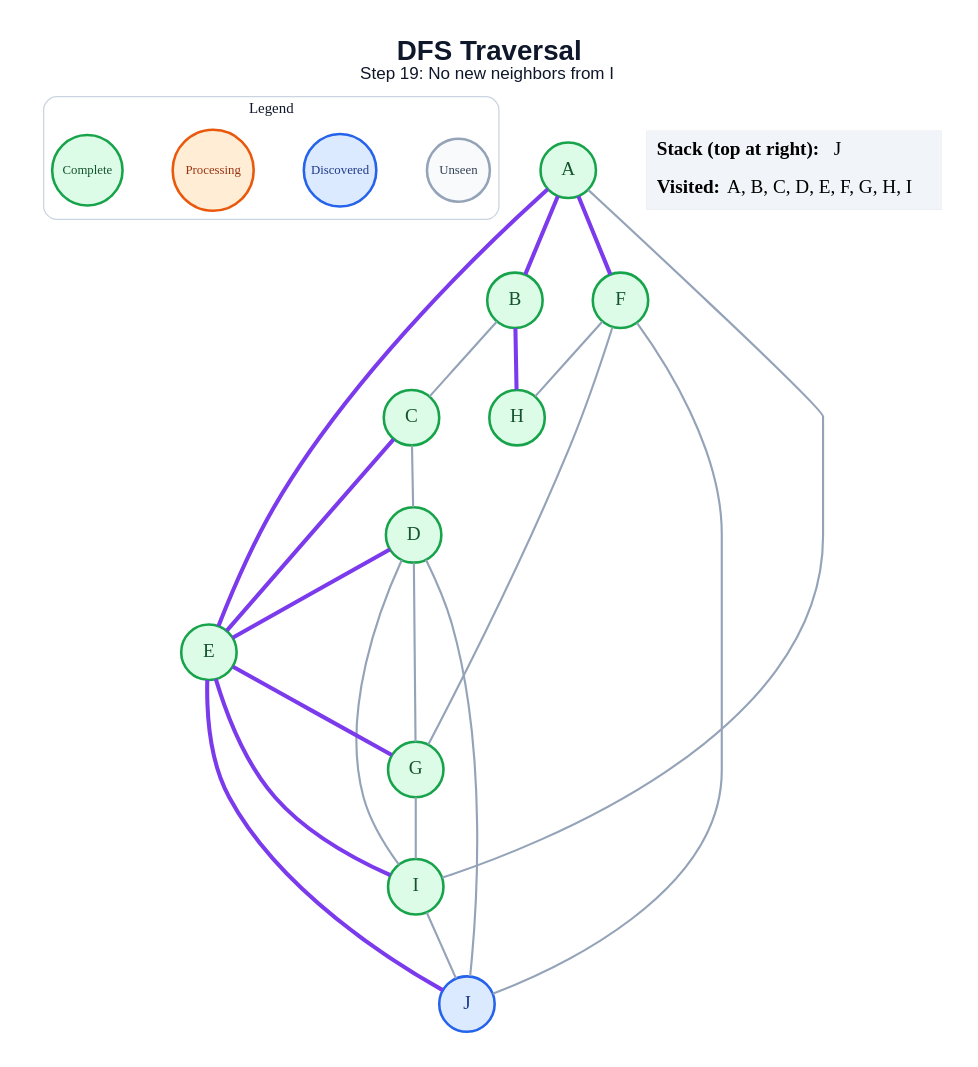
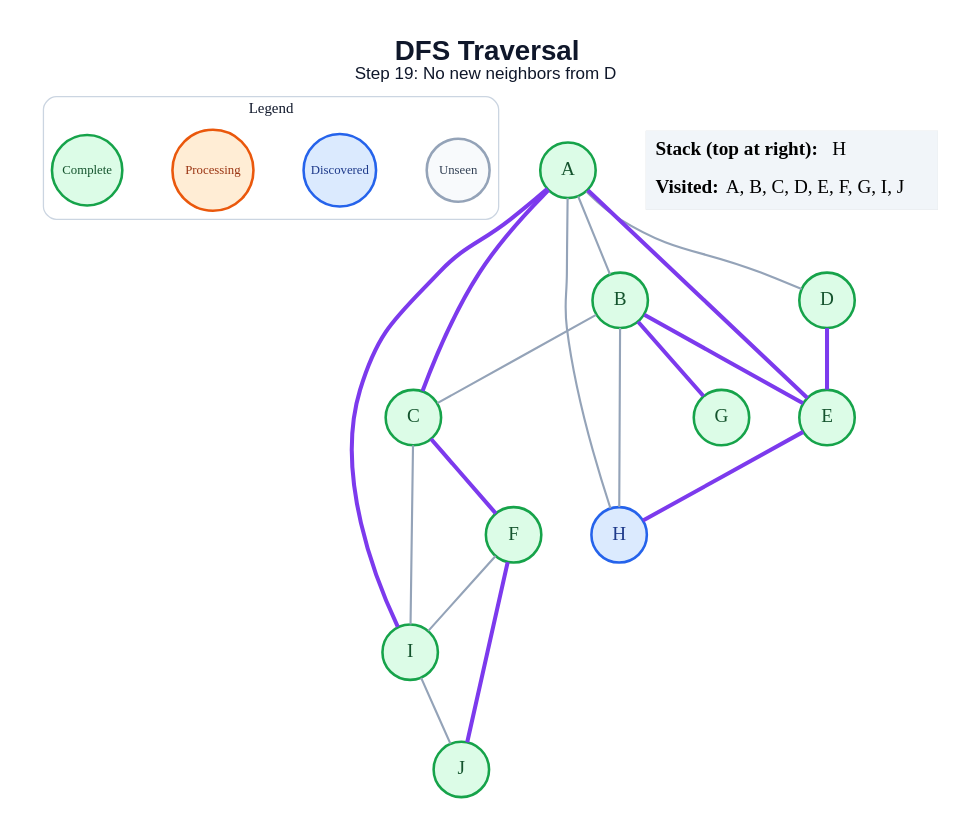
One commit to amanghodawala9/ai-slop changed the diagram in generated/specific-node/dfs/step_19.dot. Above: the diagram before and after it, drawn with Graphviz. The commit also changed 178 other files, not shown here.

```diff
--- a/generated/specific-node/dfs/step_19.dot
+++ b/generated/specific-node/dfs/step_19.dot
@@ -1,49 +1,46 @@
 graph traversal {
   graph [layout=dot, rankdir=TB, bgcolor="#FFFFFF", pad="0.35", nodesep="0.65", ranksep="0.8", fontname="Arial"];
   node [shape=circle, style="filled", fontname="Arial Bold", fontsize=18, width=0.72, fixedsize=true, penwidth=2.4];
   edge [color="#94A3B8", penwidth=2.0];
-  label=<<B>DFS Traversal</B><BR/><FONT POINT-SIZE="16">Step 19: No new neighbors from I</FONT>>; labelloc="t"; fontsize=26; fontname="Arial"; fontcolor="#0F172A";
+  label=<<B>DFS Traversal</B><BR/><FONT POINT-SIZE="16">Step 19: No new neighbors from D</FONT>>; labelloc="t"; fontsize=26; fontname="Arial"; fontcolor="#0F172A";
   subgraph cluster_legend { label="Legend"; color="#CBD5E1"; penwidth=1.2; style="rounded"; fontsize=14; fontname="Arial Bold";
     key_unseen [label="Unseen", fillcolor="#F8FAFC", color="#94A3B8", fontcolor="#334155", fontsize=12, width=0.82];
     key_frontier [label="Discovered", fillcolor="#DBEAFE", color="#2563EB", fontcolor="#1E3A8A", fontsize=12, width=0.95];
     key_current [label="Processing", fillcolor="#FFEDD5", color="#EA580C", fontcolor="#9A3412", fontsize=12, width=1.05];
     key_done [label="Complete", fillcolor="#DCFCE7", color="#16A34A", fontcolor="#14532D", fontsize=12, width=0.92];
     { rank=same; key_unseen; key_frontier; key_current; key_done; }
   }
   A [fillcolor="#DCFCE7", color="#16A34A", fontcolor="#14532D"];
   B [fillcolor="#DCFCE7", color="#16A34A", fontcolor="#14532D"];
   C [fillcolor="#DCFCE7", color="#16A34A", fontcolor="#14532D"];
   D [fillcolor="#DCFCE7", color="#16A34A", fontcolor="#14532D"];
   E [fillcolor="#DCFCE7", color="#16A34A", fontcolor="#14532D"];
   F [fillcolor="#DCFCE7", color="#16A34A", fontcolor="#14532D"];
   G [fillcolor="#DCFCE7", color="#16A34A", fontcolor="#14532D"];
-  H [fillcolor="#DCFCE7", color="#16A34A", fontcolor="#14532D"];
+  H [fillcolor="#DBEAFE", color="#2563EB", fontcolor="#1E3A8A"];
   I [fillcolor="#DCFCE7", color="#16A34A", fontcolor="#14532D"];
-  J [fillcolor="#DBEAFE", color="#2563EB", fontcolor="#1E3A8A"];
-  A -- B [color="#7C3AED", penwidth=3.8];
+  J [fillcolor="#DCFCE7", color="#16A34A", fontcolor="#14532D"];
+  A -- B;
+  A -- C [color="#7C3AED", penwidth=3.8];
+  A -- D;
   A -- E [color="#7C3AED", penwidth=3.8];
-  A -- F [color="#7C3AED", penwidth=3.8];
-  A -- I;
+  A -- H;
+  A -- I [color="#7C3AED", penwidth=3.8];
   B -- C;
-  B -- H [color="#7C3AED", penwidth=3.8];
-  C -- D;
-  C -- E [color="#7C3AED", penwidth=3.8];
+  B -- E [color="#7C3AED", penwidth=3.8];
+  B -- G [color="#7C3AED", penwidth=3.8];
+  B -- H;
+  C -- F [color="#7C3AED", penwidth=3.8];
+  C -- I;
   D -- E [color="#7C3AED", penwidth=3.8];
-  D -- G;
-  D -- I;
-  D -- J;
-  E -- G [color="#7C3AED", penwidth=3.8];
-  E -- I [color="#7C3AED", penwidth=3.8];
-  E -- J [color="#7C3AED", penwidth=3.8];
-  F -- G;
-  F -- H;
-  F -- J;
-  G -- I;
+  E -- H [color="#7C3AED", penwidth=3.8];
+  F -- I;
+  F -- J [color="#7C3AED", penwidth=3.8];
   I -- J;
   status [shape=plain, fixedsize=false, width=0, height=0, margin=0, label=<
     <TABLE BORDER="0" CELLBORDER="0" CELLPADDING="7" BGCOLOR="#F1F5F9">
-      <TR><TD ALIGN="LEFT"><B>Stack (top at right):</B> J</TD></TR>
-      <TR><TD ALIGN="LEFT"><B>Visited:</B> A, B, C, D, E, F, G, H, I</TD></TR>
+      <TR><TD ALIGN="LEFT"><B>Stack (top at right):</B> H</TD></TR>
+      <TR><TD ALIGN="LEFT"><B>Visited:</B> A, B, C, D, E, F, G, I, J</TD></TR>
     </TABLE>
   >];
 }
```
